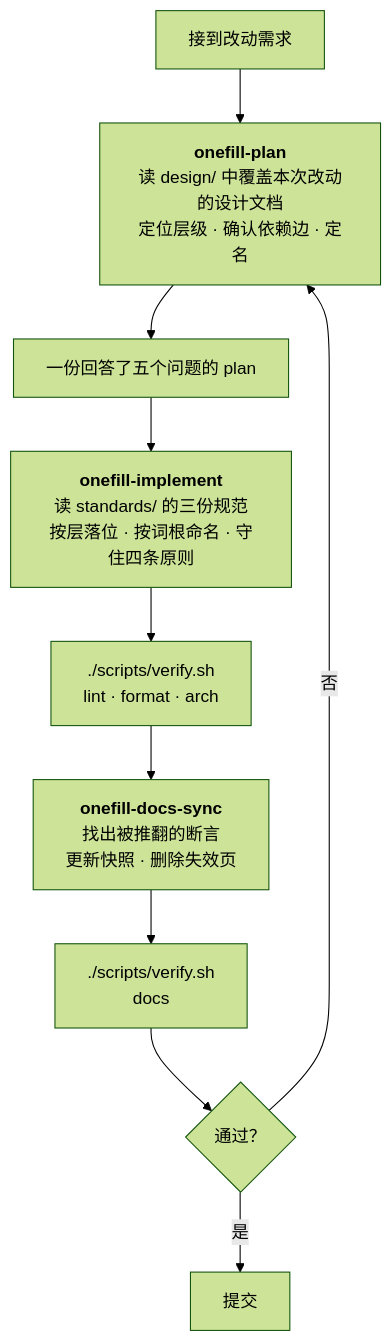
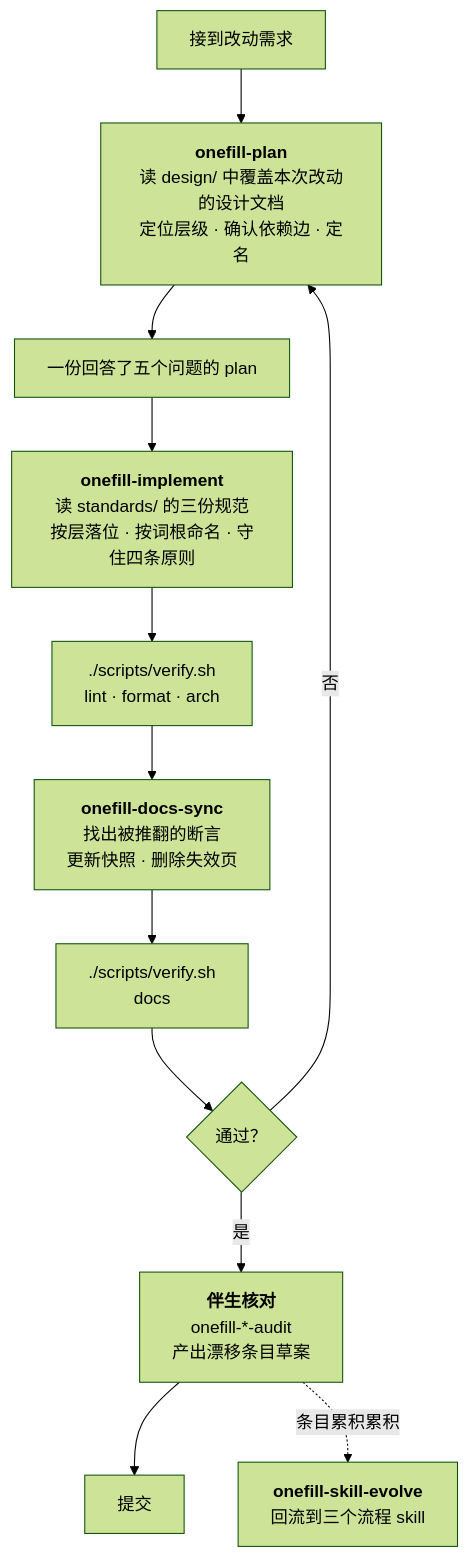
The diagram in docs/developer-guide/harness/index.md (0xkayne/OmniTrade), drawn with Mermaid (forest theme) before and after one commit. The commit also changed other lines of this file and 14 other files, not shown here.

````diff
--- a/docs/developer-guide/harness/index.md
+++ b/docs/developer-guide/harness/index.md
@@ -25,12 +35,14 @@
 ```mermaid
 flowchart TB
     A["接到改动需求"] --> B["<b>onefill-plan</b><br/>读 design/ 中覆盖本次改动的设计文档<br/>定位层级 · 确认依赖边 · 定名"]
     B --> C["一份回答了五个问题的 plan"]
     C --> D["<b>onefill-implement</b><br/>读 standards/ 的三份规范<br/>按层落位 · 按词根命名 · 守住四条原则"]
     D --> E["./scripts/verify.sh<br/>lint · format · arch"]
     E --> F["<b>onefill-docs-sync</b><br/>找出被推翻的断言<br/>更新快照 · 删除失效页"]
     F --> G["./scripts/verify.sh<br/>docs"]
     G --> H{通过？}
     H -->|否| B
-    H -->|是| I["提交"]
+    H -->|是| I["<b>伴生核对</b><br/>onefill-*-audit<br/>产出漂移条目草案"]
+    I --> J["提交"]
+    I -.->|条目累积累积| K["<b>onefill-skill-evolve</b><br/>回流到三个流程 skill"]
 ```
````
